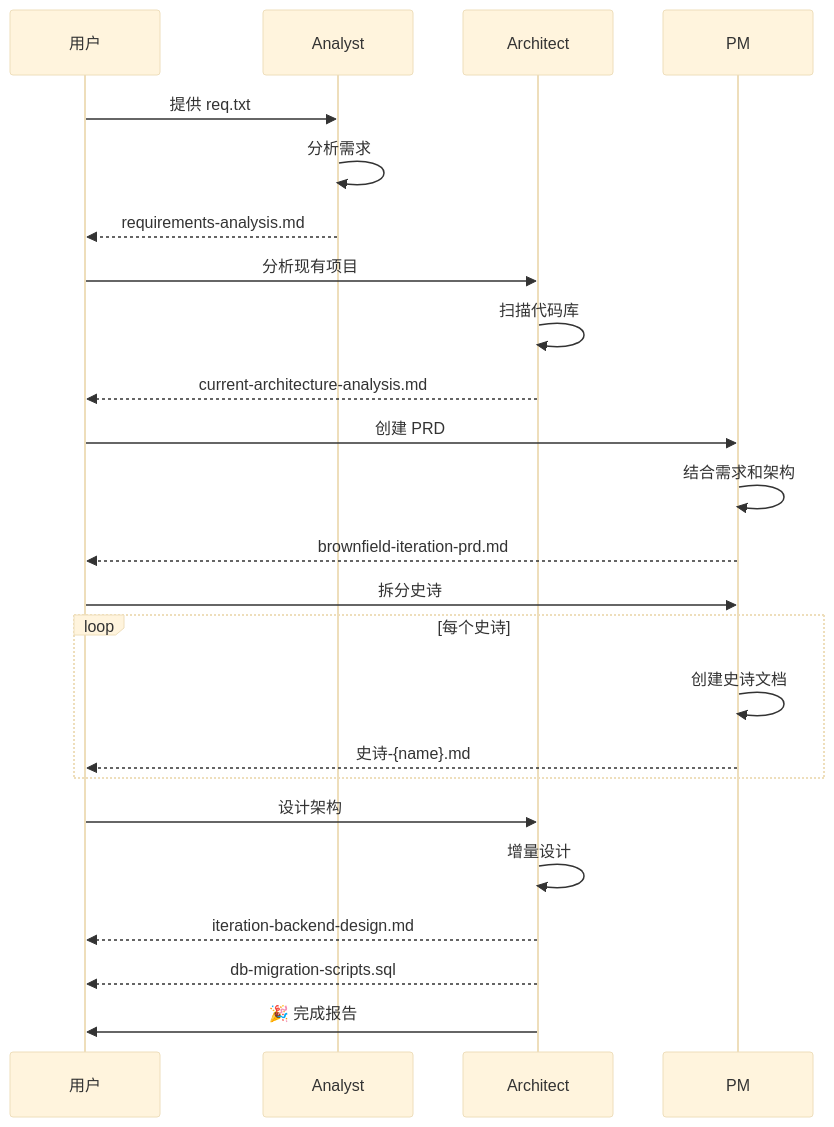
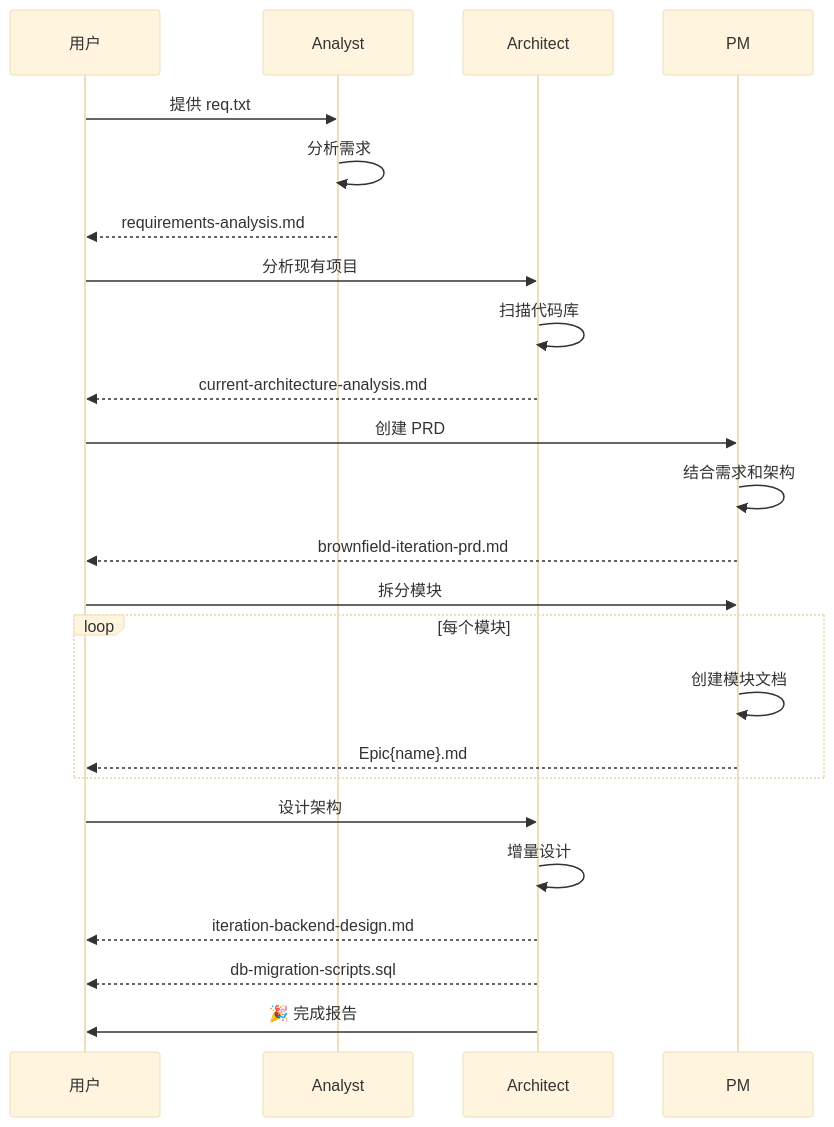
Before and after one commit to zqyl-xiaoma/xiaoma-cli-release: the second of 2 diagrams in docs/automated-requirements-analysis-outputs.md, drawn with Mermaid (base theme). The commit also changed other lines of this file and 18 other files, not shown here.

````diff
--- a/docs/automated-requirements-analysis-outputs.md
+++ b/docs/automated-requirements-analysis-outputs.md
@@ -734,32 +734,32 @@
 ```mermaid
 sequenceDiagram
     participant U as 用户
     participant A as Analyst
     participant Arc as Architect
     participant PM as PM
 
     U->>A: 提供 req.txt
     A->>A: 分析需求
     A-->>U: requirements-analysis.md
 
     U->>Arc: 分析现有项目
     Arc->>Arc: 扫描代码库
     Arc-->>U: current-architecture-analysis.md
 
     U->>PM: 创建 PRD
     PM->>PM: 结合需求和架构
     PM-->>U: brownfield-iteration-prd.md
 
-    U->>PM: 拆分史诗
-    loop 每个史诗
-        PM->>PM: 创建史诗文档
-        PM-->>U: 史诗-{name}.md
+    U->>PM: 拆分模块
+    loop 每个模块
+        PM->>PM: 创建模块文档
+        PM-->>U: Epic{name}.md
     end
 
     U->>Arc: 设计架构
     Arc->>Arc: 增量设计
     Arc-->>U: iteration-backend-design.md
     Arc-->>U: db-migration-scripts.sql
 
     Arc->>U: 🎉 完成报告
 ```
````
